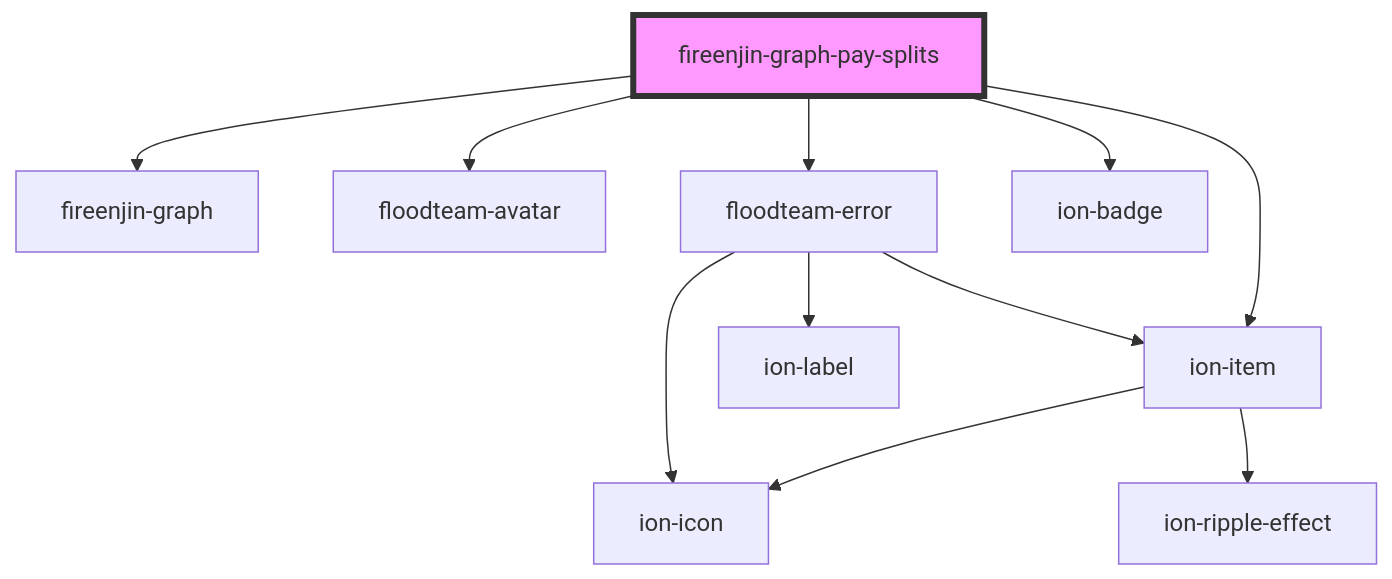
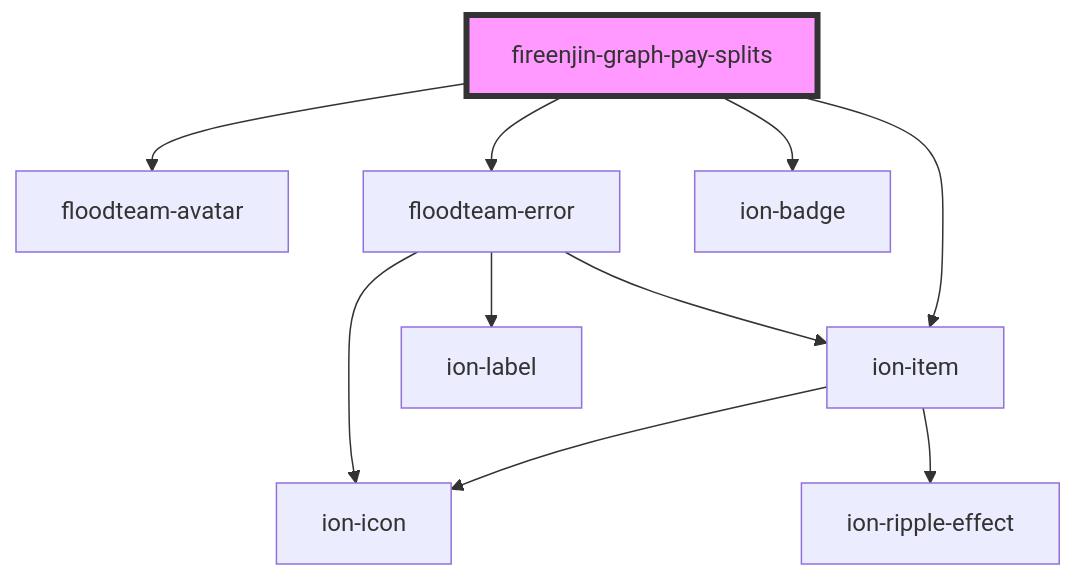
Before and after one commit to FloodTeam/components: the diagram in src/components/graph-pay-splits/readme.md, drawn with Mermaid. The commit also changed other lines of this file and 5 other files, not shown here.

````diff
--- a/src/components/graph-pay-splits/readme.md
+++ b/src/components/graph-pay-splits/readme.md
@@ -40,14 +39,13 @@
 ```mermaid
 graph TD;
-  fireenjin-graph-pay-splits --> fireenjin-graph
   fireenjin-graph-pay-splits --> ion-item
   fireenjin-graph-pay-splits --> floodteam-avatar
   fireenjin-graph-pay-splits --> floodteam-error
   fireenjin-graph-pay-splits --> ion-badge
   ion-item --> ion-icon
   ion-item --> ion-ripple-effect
   floodteam-error --> ion-item
   floodteam-error --> ion-icon
   floodteam-error --> ion-label
   style fireenjin-graph-pay-splits fill:#f9f,stroke:#333,stroke-width:4px
 ```
````
